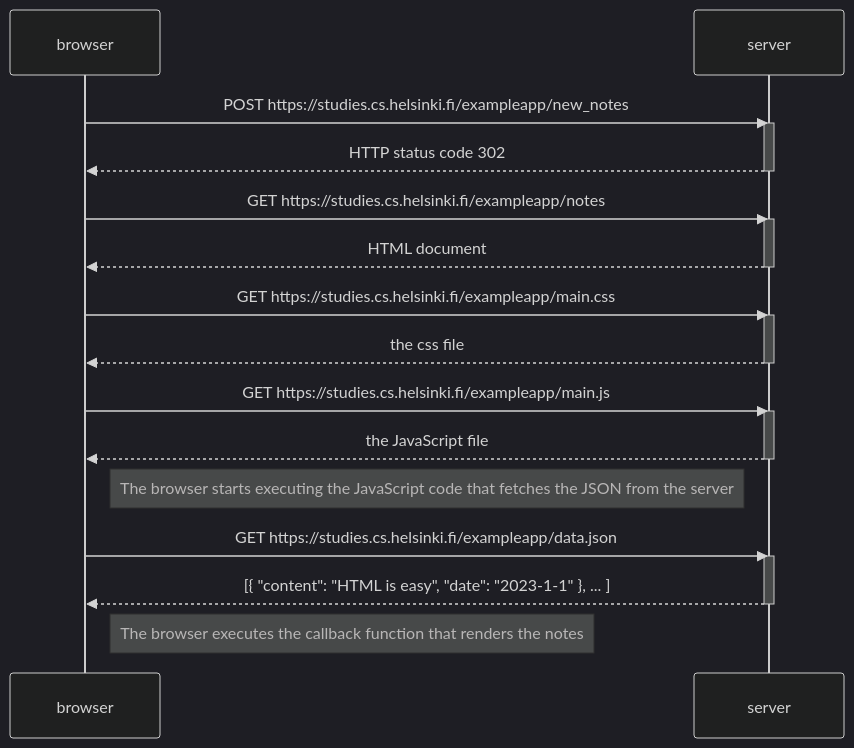
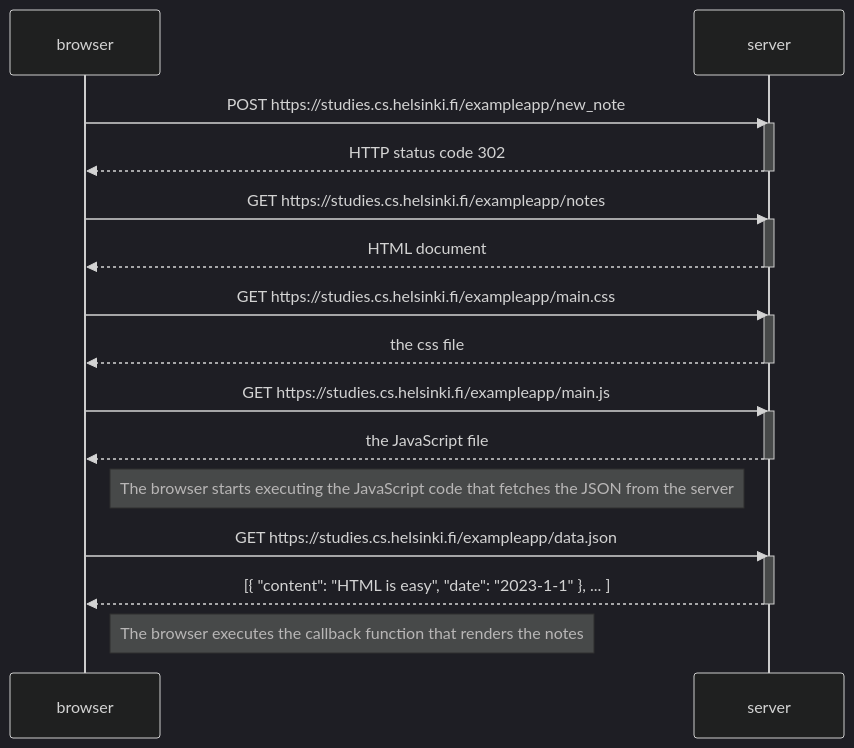
The diagram in part 0/0.4-new-note-diagram.md (masacr3bot/fullstackopen), drawn with Mermaid (dark theme) before and after one commit.

````diff
--- a/part 0/0.4-new-note-diagram.md
+++ b/part 0/0.4-new-note-diagram.md
@@ -2,34 +2,34 @@
 ``` mermaid
 sequenceDiagram
     participant browser
     participant server
 
-    browser->>server: POST https://studies.cs.helsinki.fi/exampleapp/new_notes
+    browser->>server: POST https://studies.cs.helsinki.fi/exampleapp/new_note
     activate server
     server-->>browser: HTTP status code 302
     deactivate server
 
     browser->>server: GET https://studies.cs.helsinki.fi/exampleapp/notes
     activate server
     server-->>browser: HTML document
     deactivate server
 
     browser->>server: GET https://studies.cs.helsinki.fi/exampleapp/main.css
     activate server
     server-->>browser: the css file
     deactivate server
 
     browser->>server: GET https://studies.cs.helsinki.fi/exampleapp/main.js
     activate server
     server-->>browser: the JavaScript file
     deactivate server
 
     Note right of browser: The browser starts executing the JavaScript code that fetches the JSON from the server
 
     browser->>server: GET https://studies.cs.helsinki.fi/exampleapp/data.json
     activate server
     server-->>browser: [{ "content": "HTML is easy", "date": "2023-1-1" }, ... ]
     deactivate server
 
     Note right of browser: The browser executes the callback function that renders the notes
 ```
````
